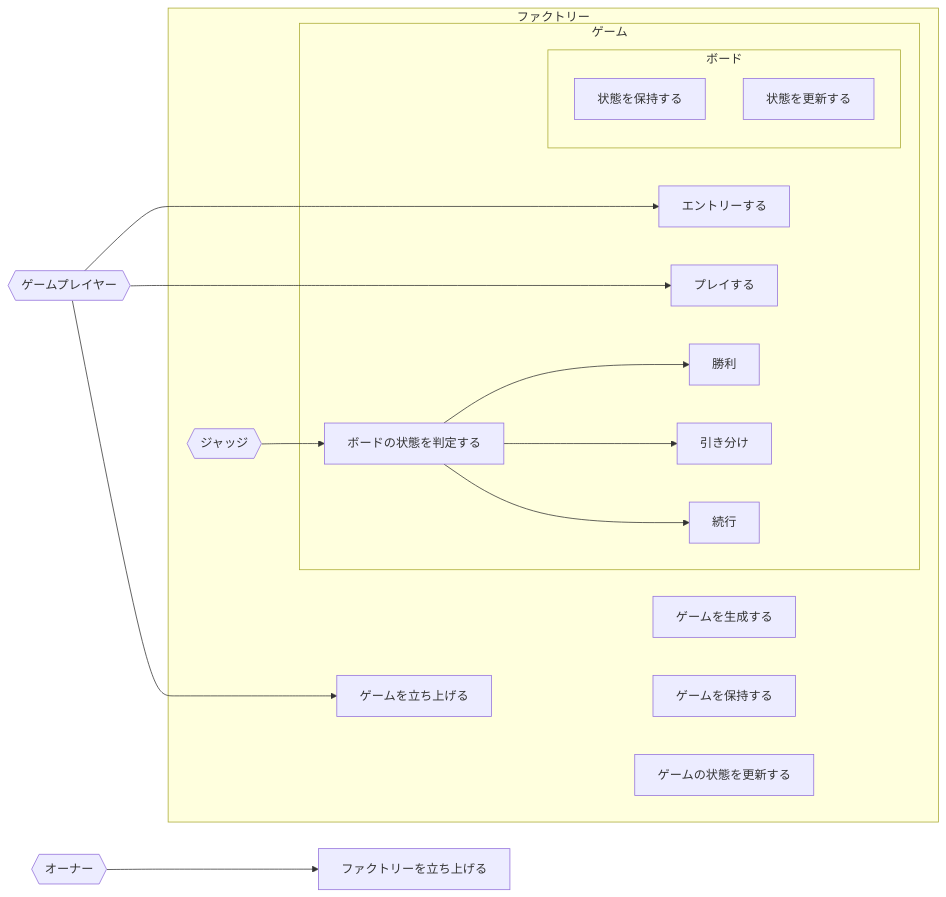
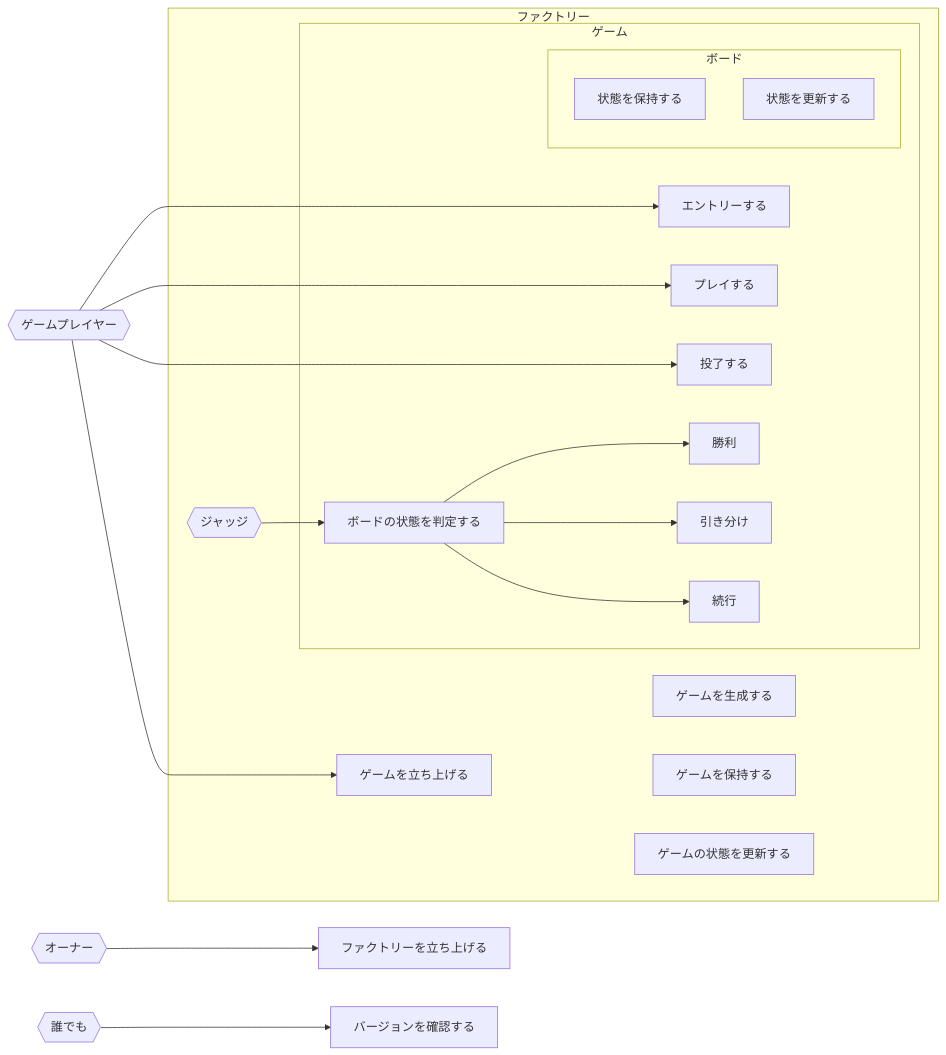
One commit to 0xHaku/preprod-gomoku changed the diagram in doc/usecase.md. Above: the diagram before and after it, drawn with Mermaid. The commit also changed 14 other files, not shown here.

````diff
--- a/doc/usecase.md
+++ b/doc/usecase.md
@@ -1,43 +1,48 @@
 ```mermaid
     flowchart LR
 
     ow{{オーナー}}
     p{{ゲームプレイヤー}}
     j{{ジャッジ}}
+    e{{誰でも}}
 
     ow--->OW1[ファクトリーを立ち上げる]
     F1[ゲームを生成する]
     F2[ゲームを保持する]
     F3[ゲームの状態を更新する]
     p--->P1[ゲームを立ち上げる]
     p---->P2[エントリーする]
     p---->P3[プレイする]
+    p---->P4[投了する]
 
     j-->J1[ボードの状態を判定する]
     J1-->J1J1[勝利]
     J1-->J1J2[引き分け]
     J1-->J1J3[続行]
 
     B1[状態を保持する]
     B2[状態を更新する]
+
+    e--->E1[バージョンを確認する]
 
     subgraph ファクトリー
         P1
         F1
         F2
         F3
         j
         subgraph ゲーム
             P2
             P3
+            P4
             J1
             J1J1
             J1J2
             J1J3
             subgraph ボード
                 B1
                 B2
             end
         end
     end
 ```
````
